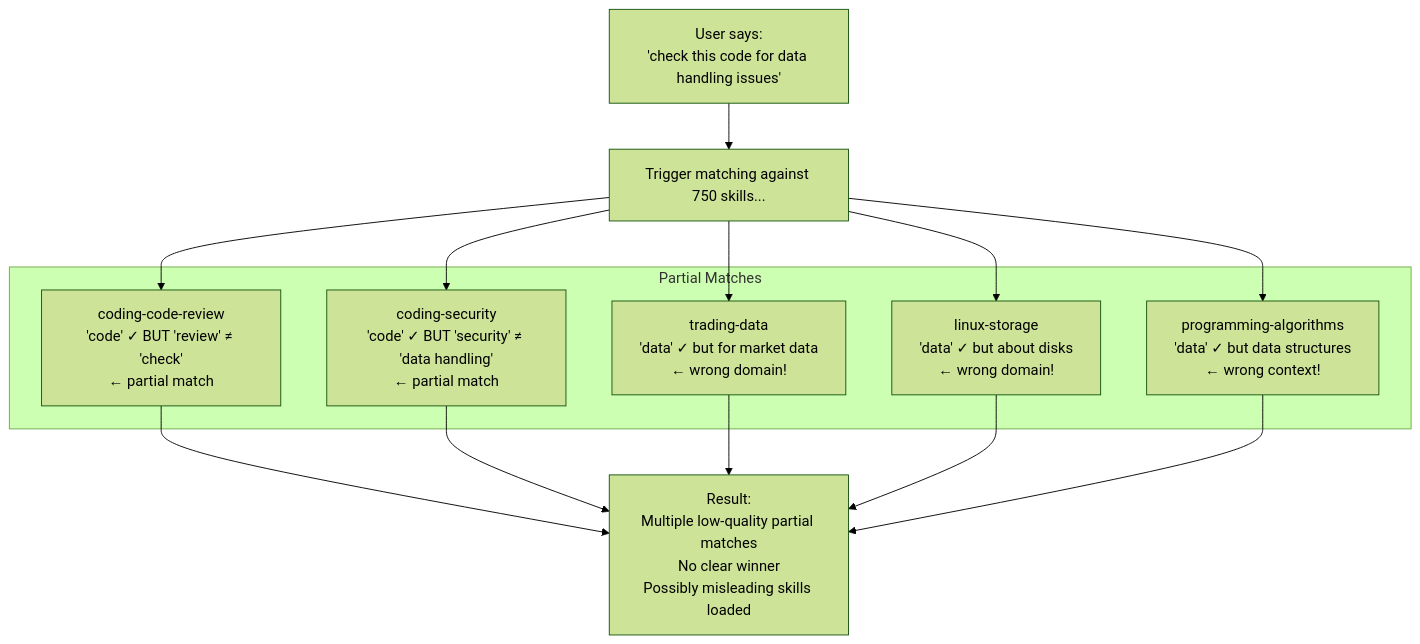
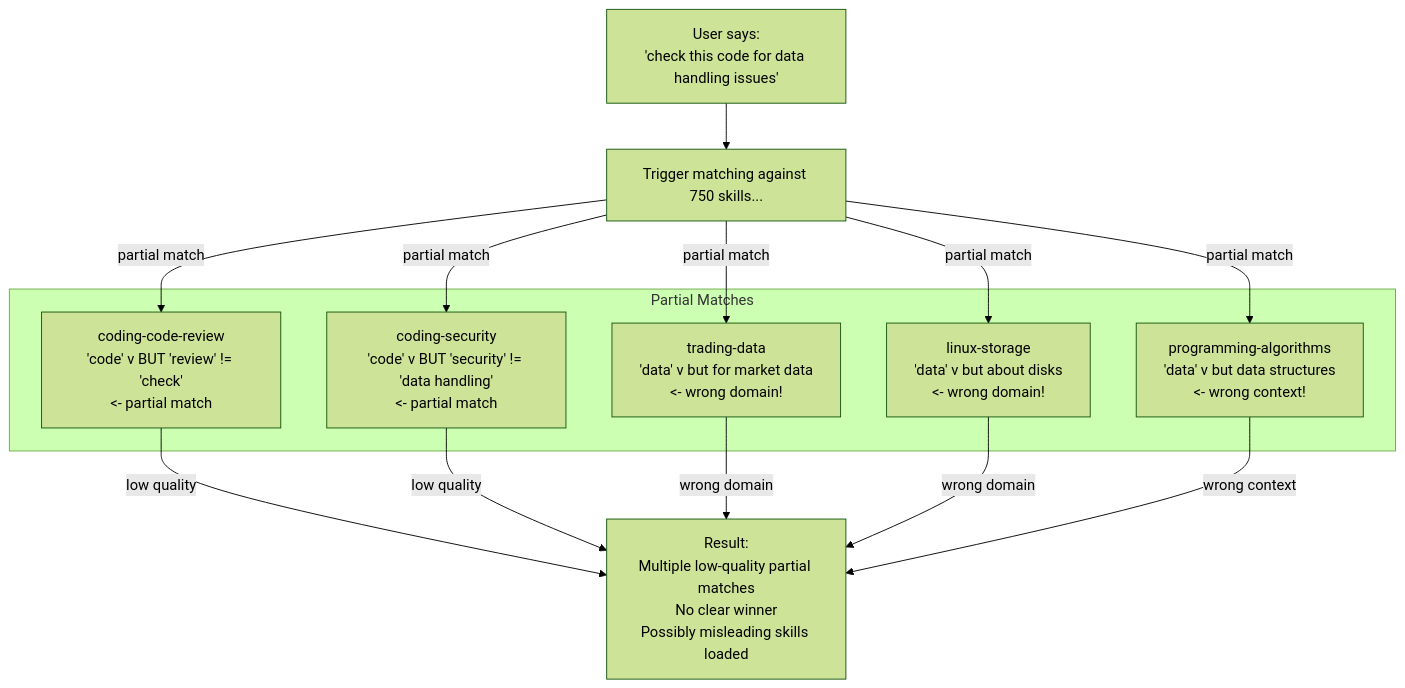
Before and after one commit to paulpas/agent-skill-router: the third of 10 diagrams in docs/skill-evolution.md, drawn with Mermaid (forest theme). The commit also changed other lines of this file, not shown here.

Commit message:
docs: improve Mermaid diagrams per mermaid-diagrams skill guidelines — add alt-text descriptions, edge labels, YAML config, ASCII safety, and semantic styling

````diff
--- a/docs/skill-evolution.md
+++ b/docs/skill-evolution.md
@@ -159,25 +165,25 @@
 ```mermaid
 flowchart TD
     A["User says:<br/>'check this code for data handling issues'"] --> B["Trigger matching against 750 skills..."]
     
     subgraph "Partial Matches"
-        C["coding-code-review<br/>'code' ✓ BUT 'review' ≠ 'check'<br/>← partial match"]
-        D["coding-security<br/>'code' ✓ BUT 'security' ≠ 'data handling'<br/>← partial match"]
-        E["trading-data<br/>'data' ✓ but for market data<br/>← wrong domain!"]
-        F["linux-storage<br/>'data' ✓ but about disks<br/>← wrong domain!"]
-        G["programming-algorithms<br/>'data' ✓ but data structures<br/>← wrong context!"]
+        C["coding-code-review<br/>'code' v BUT 'review' != 'check'<br/><- partial match"]
+        D["coding-security<br/>'code' v BUT 'security' != 'data handling'<br/><- partial match"]
+        E["trading-data<br/>'data' v but for market data<br/><- wrong domain!"]
+        F["linux-storage<br/>'data' v but about disks<br/><- wrong domain!"]
+        G["programming-algorithms<br/>'data' v but data structures<br/><- wrong context!"]
     end
     
-    B --> C
-    B --> D
-    B --> E
-    B --> F
-    B --> G
+    B -->|"partial match"| C
+    B -->|"partial match"| D
+    B -->|"partial match"| E
+    B -->|"partial match"| F
+    B -->|"partial match"| G
     
     H["Result:<br/>Multiple low-quality partial matches<br/>No clear winner<br/>Possibly misleading skills loaded"]
-    C --> H
-    D --> H
-    E --> H
-    F --> H
-    G --> H
+    C -->|"low quality"| H
+    D -->|"low quality"| H
+    E -->|"wrong domain"| H
+    F -->|"wrong domain"| H
+    G -->|"wrong context"| H
 ```
````
